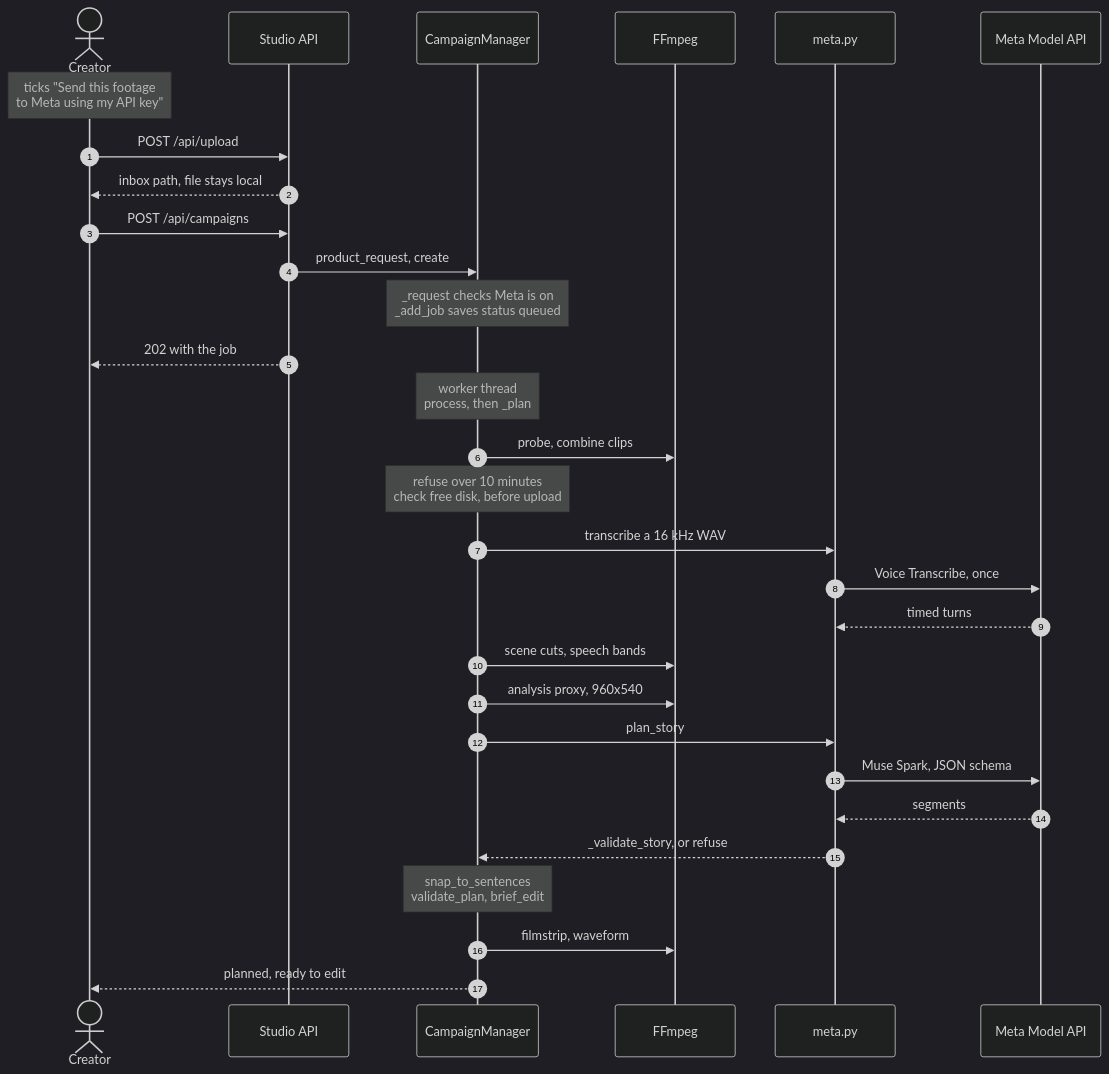
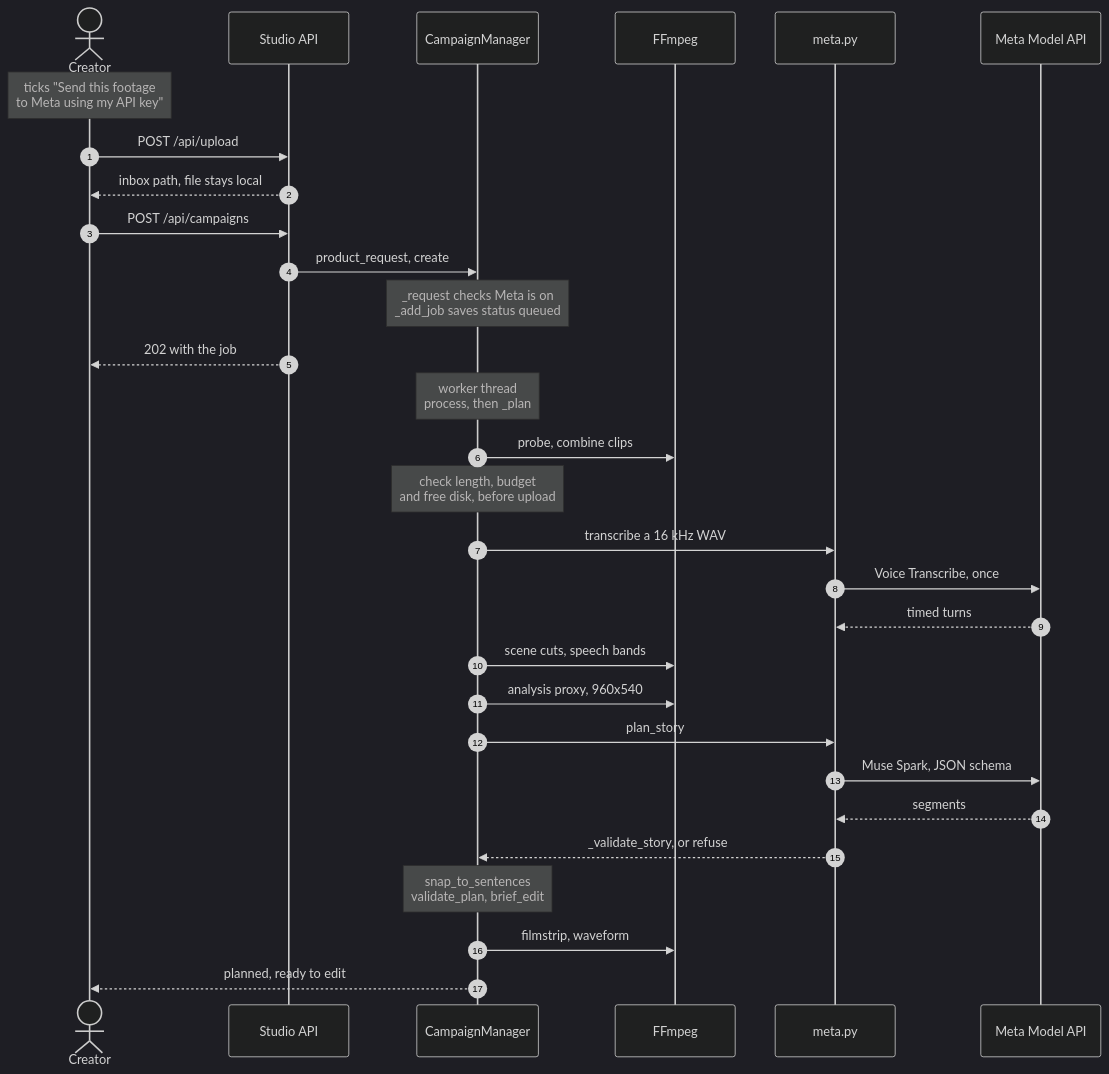
Before and after one commit to ankitshah009/briefcut_aubric: the second of 17 diagrams in ARCHITECTURE.md, drawn with Mermaid (dark theme). The commit also changed other lines of this file and 37 other files, not shown here.

````diff
--- a/ARCHITECTURE.md
+++ b/ARCHITECTURE.md
@@ -89,32 +89,32 @@
 ```mermaid
 sequenceDiagram
   autonumber
   actor U as Creator
   participant S as Studio API
   participant M as CampaignManager
   participant F as FFmpeg
   participant A as meta.py
   participant C as Meta Model API
   Note over U: ticks "Send this footage<br/>to Meta using my API key"
   U->>S: POST /api/upload
   S-->>U: inbox path, file stays local
   U->>S: POST /api/campaigns
   S->>M: product_request, create
   Note over M: _request checks Meta is on<br/>_add_job saves status queued
   S-->>U: 202 with the job
   Note over M: worker thread<br/>process, then _plan
   M->>F: probe, combine clips
-  Note over M: refuse over 10 minutes<br/>check free disk, before upload
+  Note over M: check length, budget<br/>and free disk, before upload
   M->>A: transcribe a 16 kHz WAV
   A->>C: Voice Transcribe, once
   C-->>A: timed turns
   M->>F: scene cuts, speech bands
   M->>F: analysis proxy, 960x540
   M->>A: plan_story
   A->>C: Muse Spark, JSON schema
   C-->>A: segments
   A-->>M: _validate_story, or refuse
   Note over M: snap_to_sentences<br/>validate_plan, brief_edit
   M->>F: filmstrip, waveform
   M-->>U: planned, ready to edit
 ```
````
